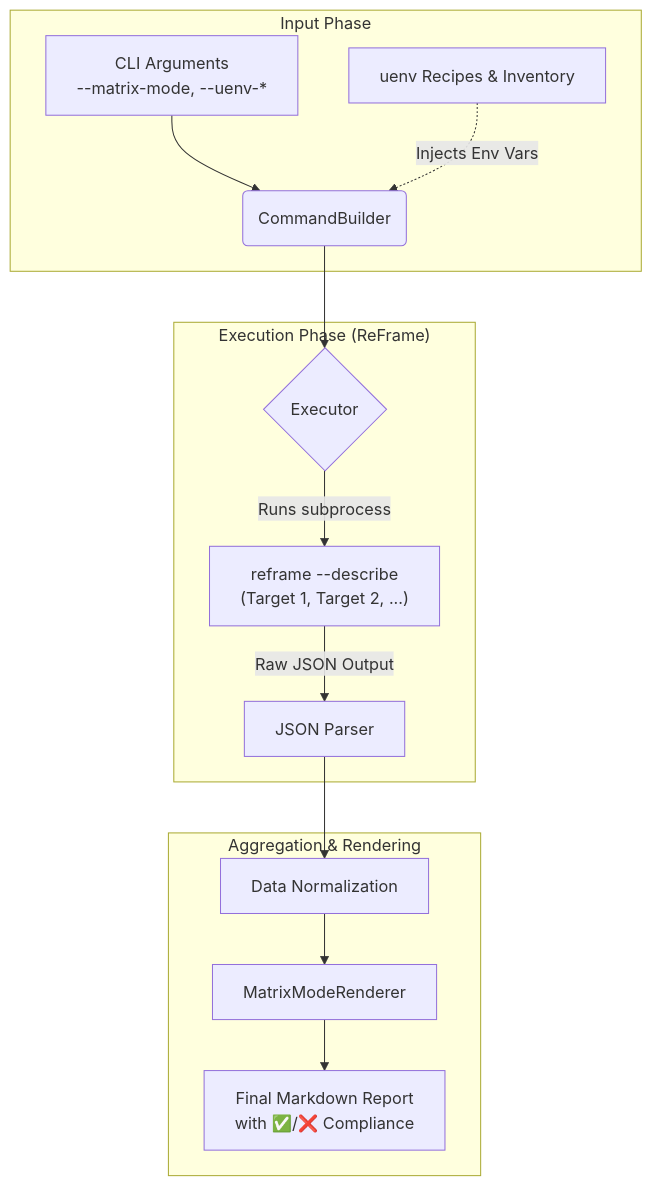
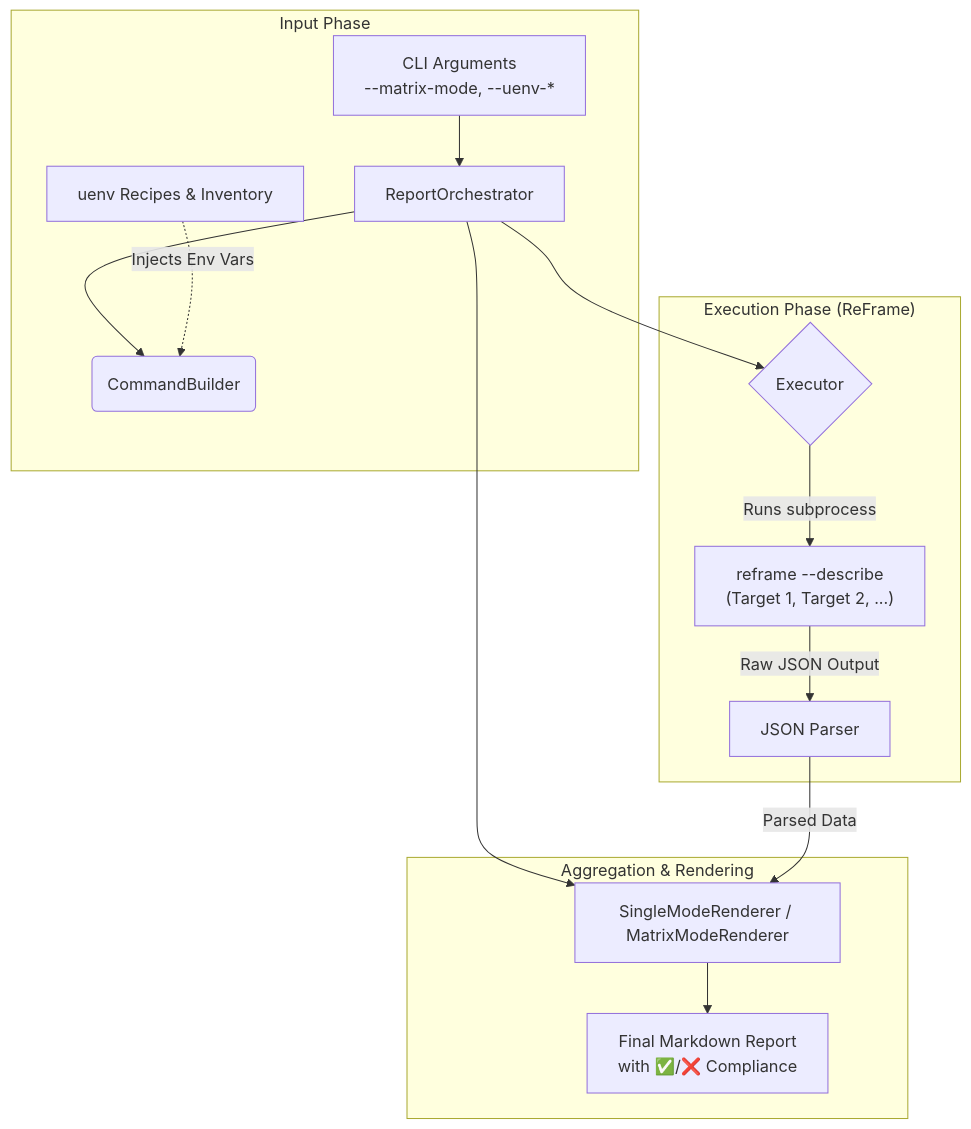
The diagram in reframe_reporter/README.md (gppezzi/cscs-reframe-tests), drawn with Mermaid before and after one commit. The commit also changed other lines of this file and 1 other file, not shown here.

Commit message:
docs(reframe_reporter): fix README gaps - add prerequisites, fix CLI table, document uenv.py changes, add missing files to tree, update diagram, fix snapshots link, link CHANGELOG, remove dead code

````diff
--- a/reframe_reporter/README.md
+++ b/reframe_reporter/README.md
@@ -45,19 +56,20 @@
 ```mermaid
 graph TD
     subgraph "Input Phase"
-        A[CLI Arguments<br/>--matrix-mode, --uenv-*] --> B(CommandBuilder)
+        A[CLI Arguments<br/>--matrix-mode, --uenv-*] --> O[ReportOrchestrator]
+        O --> B(CommandBuilder)
         C[uenv Recipes & Inventory] -.->|Injects Env Vars| B
     end
 
     subgraph "Execution Phase (ReFrame)"
-        B --> D{Executor}
+        O --> D{Executor}
         D -->|Runs subprocess| E["reframe --describe<br/>(Target 1, Target 2, ...)"]
         E -->|Raw JSON Output| F[JSON Parser]
     end
 
     subgraph "Aggregation & Rendering"
-        F --> G[Data Normalization]
-        G --> H[MatrixModeRenderer]
-        H --> I[Final Markdown Report<br/>with ✅/❌ Compliance]
+        O --> R[SingleModeRenderer / MatrixModeRenderer]
+        F -->|Parsed Data| R
+        R --> I[Final Markdown Report<br/>with ✅/❌ Compliance]
     end
 ```
````
